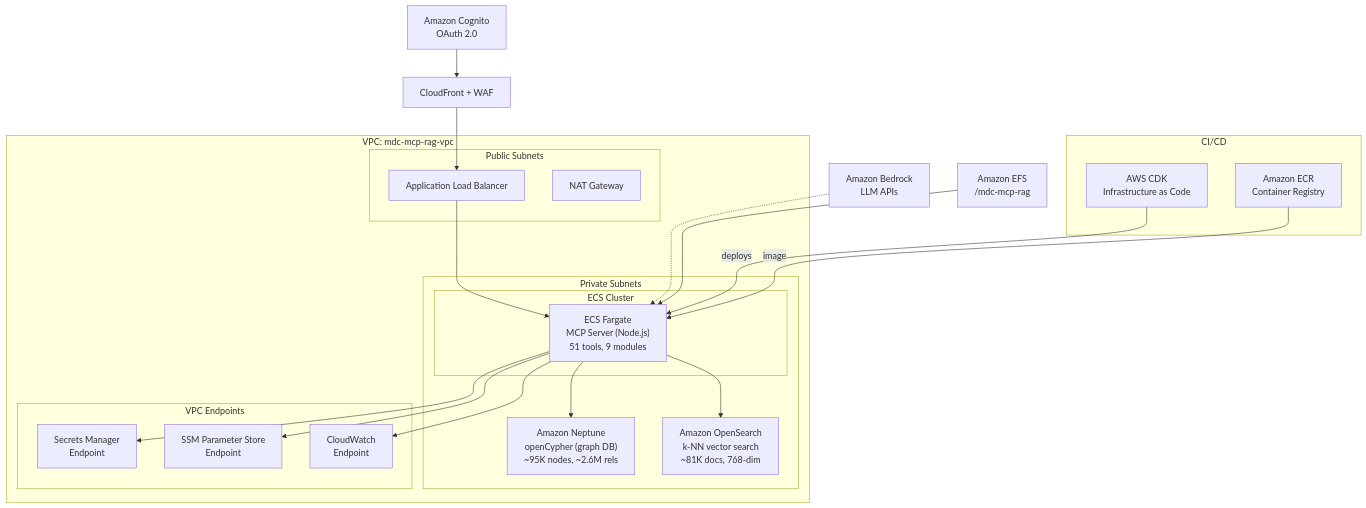
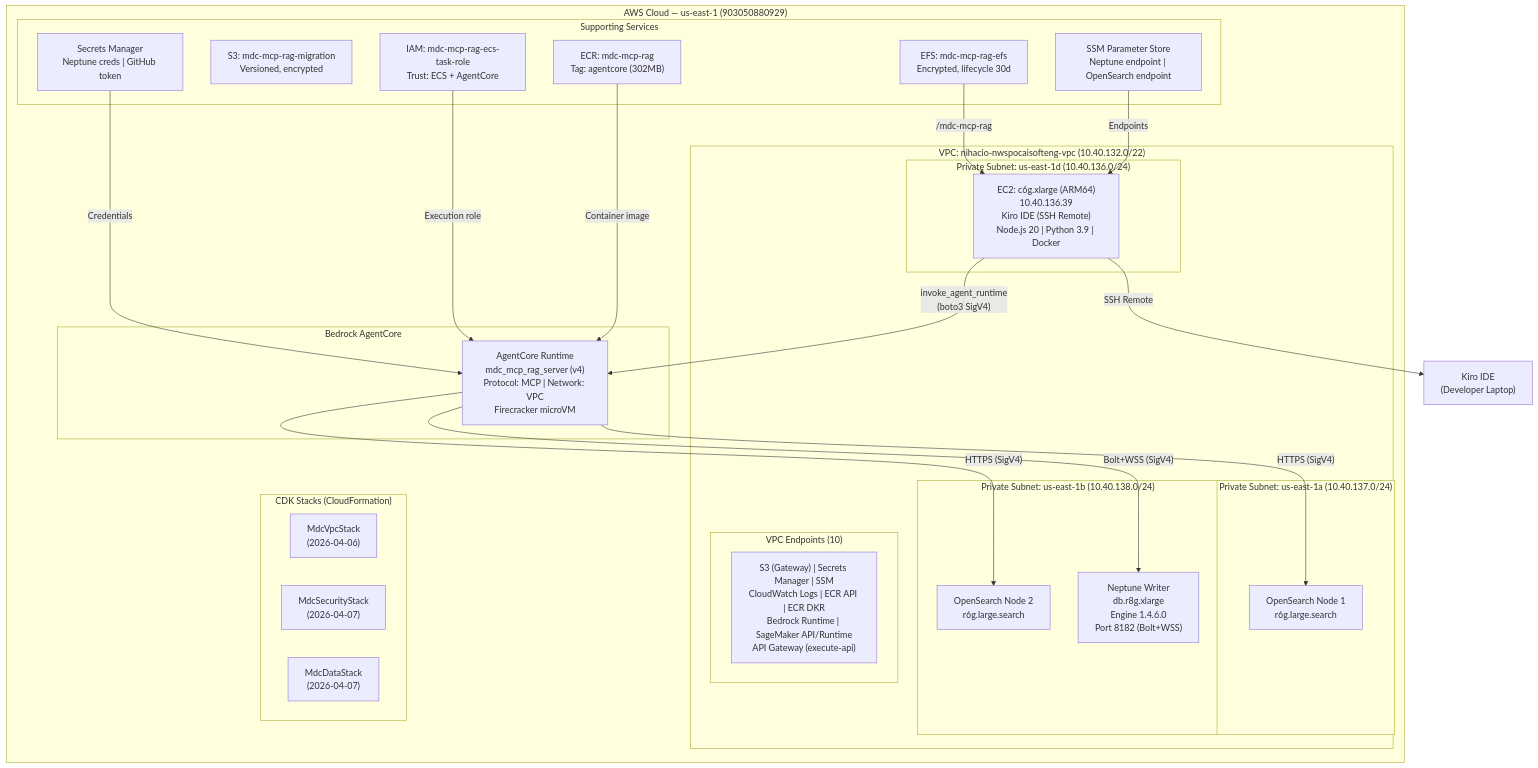
One commit to TerrenceMcGuinness-NOAA/MDC-MCP-GraphRAG changed the first of 3 diagrams in .kiro/specs/aws-infrastructure-port/design.md. Above: the diagram before and after it, drawn with Mermaid. The commit also changed other lines of this file and 13 other files, not shown here.

````diff
--- a/.kiro/specs/aws-infrastructure-port/design.md
+++ b/.kiro/specs/aws-infrastructure-port/design.md
@@ -15,44 +15,53 @@
 ```mermaid
 graph TD
-    subgraph "VPC: mdc-mcp-rag-vpc"
-        subgraph "Public Subnets"
-            ALB["Application Load Balancer"]
-            NAT["NAT Gateway"]
+    subgraph "AWS Cloud — us-east-1 (903050880929)"
+        subgraph "Bedrock AgentCore"
+            AC["AgentCore Runtime<br/>mdc_mcp_rag_server (v4)<br/>Protocol: MCP | Network: VPC<br/>Firecracker microVM"]
         end
 
-        subgraph "Private Subnets"
-            subgraph "ECS Cluster"
-                MCP["ECS Fargate<br/>MCP Server (Node.js)<br/>51 tools, 9 modules"]
+        subgraph "VPC: nihacio-nwspocaisofteng-vpc (10.40.132.0/22)"
+            subgraph "Private Subnet: us-east-1a (10.40.137.0/24)"
+                OS1["OpenSearch Node 1<br/>r6g.large.search"]
             end
-            Neptune["Amazon Neptune<br/>openCypher (graph DB)<br/>~95K nodes, ~2.6M rels"]
-            OpenSearch["Amazon OpenSearch<br/>k-NN vector search<br/>~81K docs, 768-dim"]
+
+            subgraph "Private Subnet: us-east-1b (10.40.138.0/24)"
+                OS2["OpenSearch Node 2<br/>r6g.large.search"]
+                Neptune["Neptune Writer<br/>db.r8g.xlarge<br/>Engine 1.4.6.0<br/>Port 8182 (Bolt+WSS)"]
+            end
+
+            subgraph "Private Subnet: us-east-1d (10.40.136.0/24)"
+                EC2["EC2: c6g.xlarge (ARM64)<br/>10.40.136.39<br/>Kiro IDE (SSH Remote)<br/>Node.js 20 | Python 3.9 | Docker"]
+            end
+
+            subgraph "VPC Endpoints (10)"
+                VPCE["S3 (Gateway) | Secrets Manager | SSM<br/>CloudWatch Logs | ECR API | ECR DKR<br/>Bedrock Runtime | SageMaker API/Runtime<br/>API Gateway (execute-api)"]
+            end
         end
 
-        subgraph "VPC Endpoints"
-            SM["Secrets Manager<br/>Endpoint"]
-            SSM["SSM Parameter Store<br/>Endpoint"]
-            CW["CloudWatch<br/>Endpoint"]
+        subgraph "Supporting Services"
+            ECR["ECR: mdc-mcp-rag<br/>Tag: agentcore (302MB)"]
+            S3["S3: mdc-mcp-rag-migration<br/>Versioned, encrypted"]
+            EFS["EFS: mdc-mcp-rag-efs<br/>Encrypted, lifecycle 30d"]
+            IAM["IAM: mdc-mcp-rag-ecs-task-role<br/>Trust: ECS + AgentCore"]
+            SecMgr["Secrets Manager<br/>Neptune creds | GitHub token"]
+            SSMParam["SSM Parameter Store<br/>Neptune endpoint | OpenSearch endpoint"]
+        end
+
+        subgraph "CDK Stacks (CloudFormation)"
+            CDK1["MdcVpcStack<br/>(2026-04-06)"]
+            CDK2["MdcSecurityStack<br/>(2026-04-07)"]
+            CDK3["MdcDataStack<br/>(2026-04-07)"]
         end
     end
 
-    CF["CloudFront + WAF"] --> ALB
-    ALB --> MCP
-    MCP --> Neptune
-    MCP --> OpenSearch
-    MCP --> SM
-    MCP --> SSM
-    MCP --> CW
-
-    Cognito["Amazon Cognito<br/>OAuth 2.0"] --> CF
-    Bedrock["Amazon Bedrock<br/>LLM APIs"] -.-> MCP
-
-    EFS["Amazon EFS<br/>/mdc-mcp-rag"] --> MCP
-
-    subgraph "CI/CD"
-        CDK["AWS CDK<br/>Infrastructure as Code"]
-        ECR["Amazon ECR<br/>Container Registry"]
-    end
-
-    CDK --> |deploys| MCP
-    ECR --> |image| MCP
+    AC -->|"Bolt+WSS (SigV4)"| Neptune
+    AC -->|"HTTPS (SigV4)"| OS1
+    AC -->|"HTTPS (SigV4)"| OS2
+    EC2 -->|"invoke_agent_runtime<br/>(boto3 SigV4)"| AC
+    EC2 -->|"SSH Remote"| Kiro["Kiro IDE<br/>(Developer Laptop)"]
+    ECR -->|"Container image"| AC
+    IAM -->|"Execution role"| AC
+    SecMgr -->|"Credentials"| AC
+    SSMParam -->|"Endpoints"| EC2
+    EFS -->|"/mdc-mcp-rag"| EC2
 ```
````
